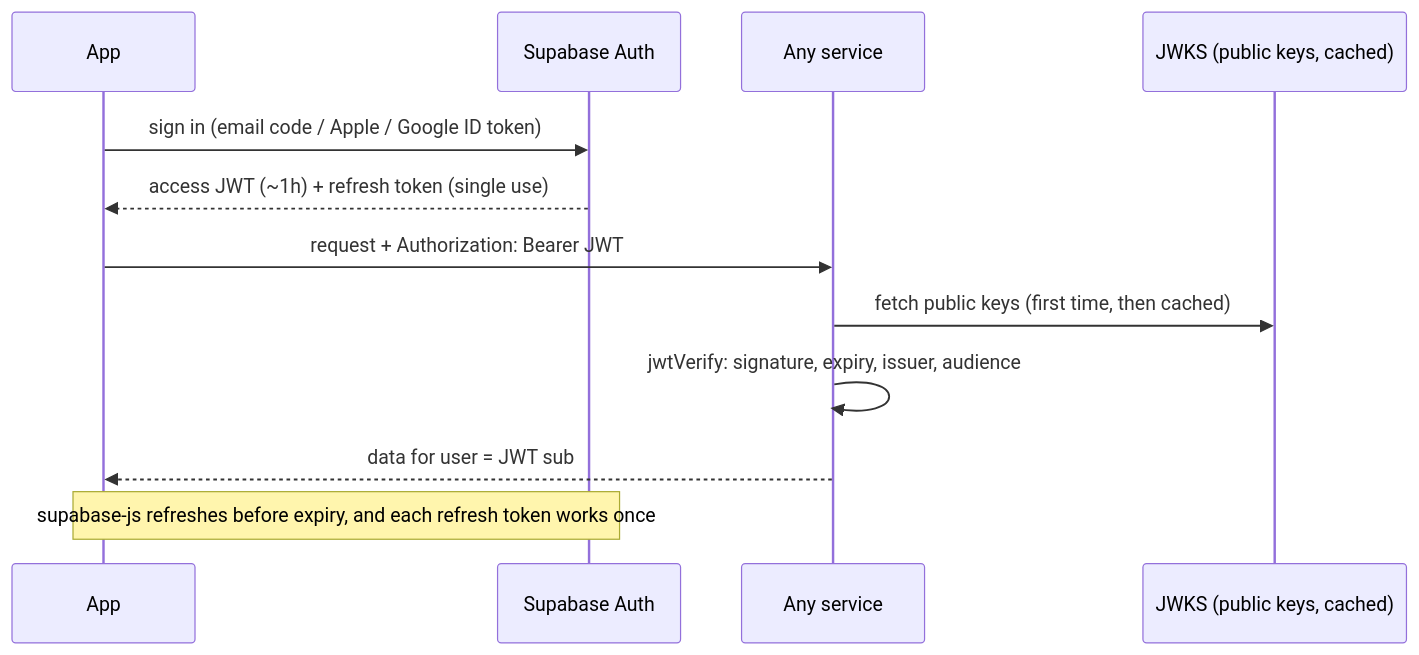
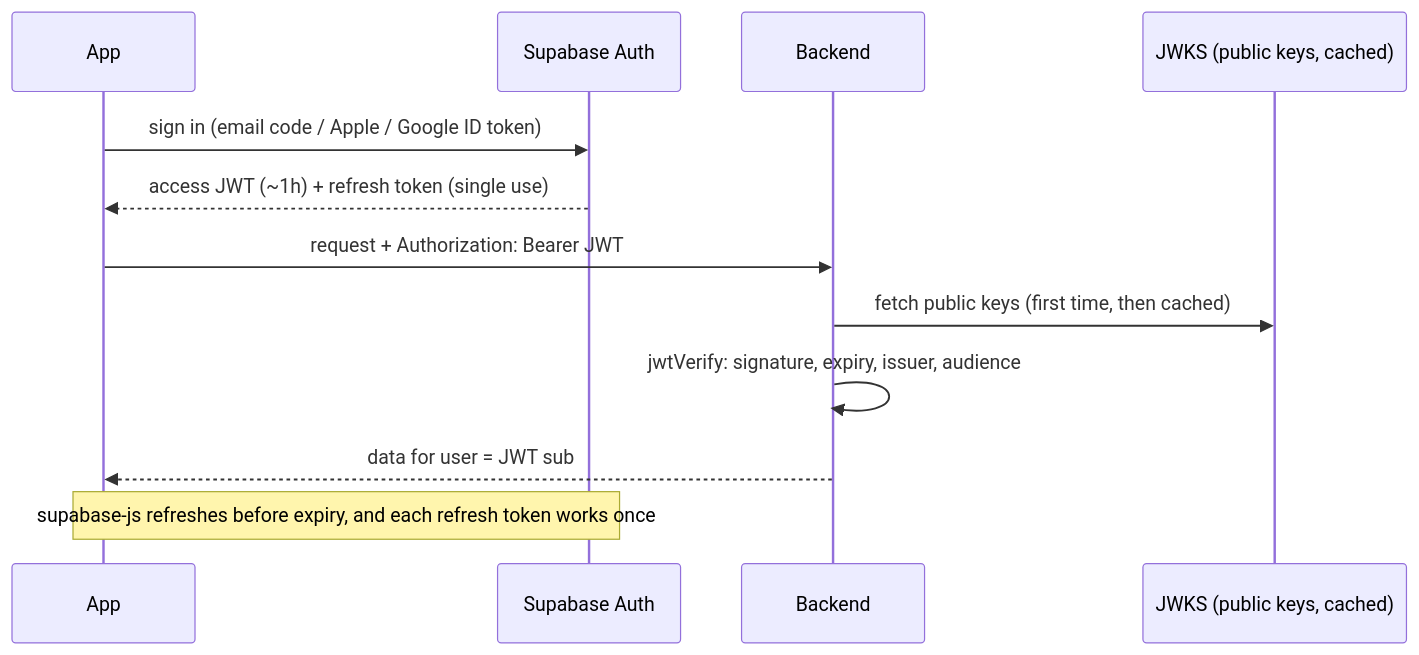
Before and after one commit to RayMand1234/Waypoint: the third of 4 diagrams in docs/architecture.md, drawn with Mermaid. The commit also changed other lines of this file and 2 other files, not shown here.

First line of the commit message:
Update docs for the single backend, step order and stay search

````diff
--- a/docs/architecture.md
+++ b/docs/architecture.md
@@ -351,15 +236,15 @@
 ```mermaid
 sequenceDiagram
   participant A as App
   participant SA as Supabase Auth
-  participant S as Any service
+  participant S as Backend
   participant K as JWKS (public keys, cached)
 
   A->>SA: sign in (email code / Apple / Google ID token)
   SA-->>A: access JWT (~1h) + refresh token (single use)
   A->>S: request + Authorization: Bearer JWT
   S->>K: fetch public keys (first time, then cached)
   S->>S: jwtVerify: signature, expiry, issuer, audience
   S-->>A: data for user = JWT sub
   Note over A,SA: supabase-js refreshes before expiry, and each refresh token works once
 ```
````
